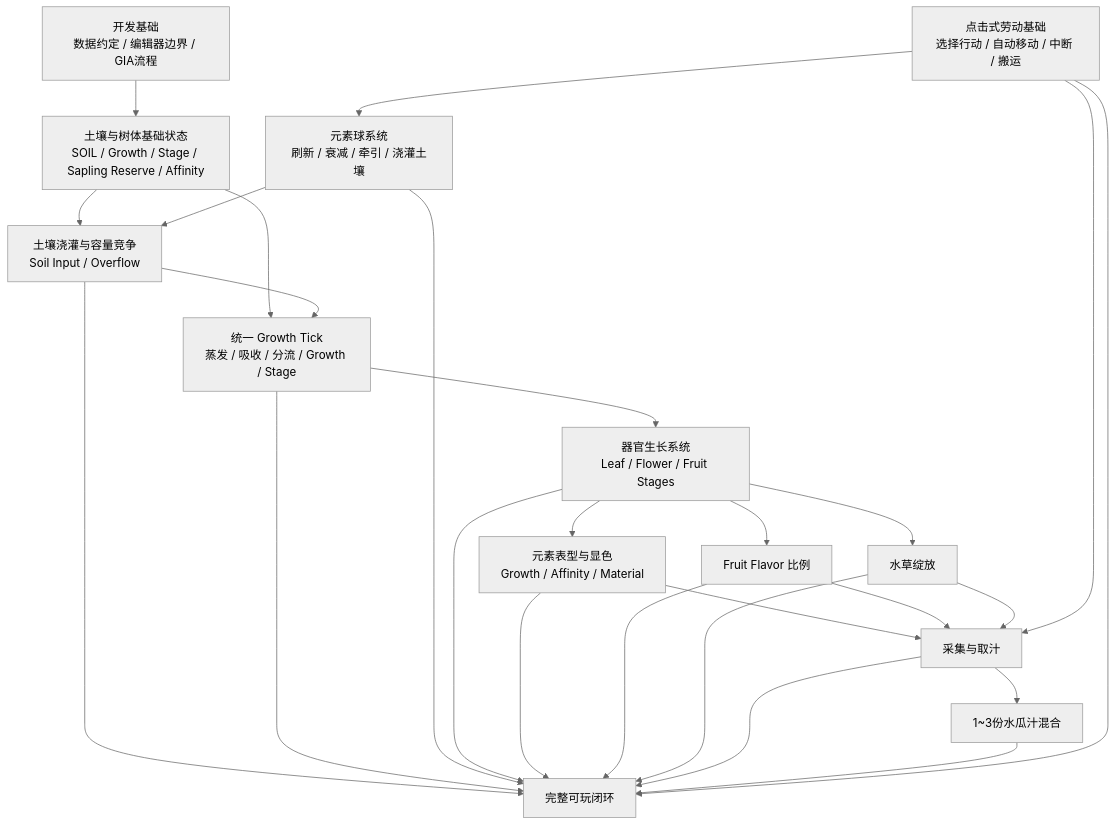
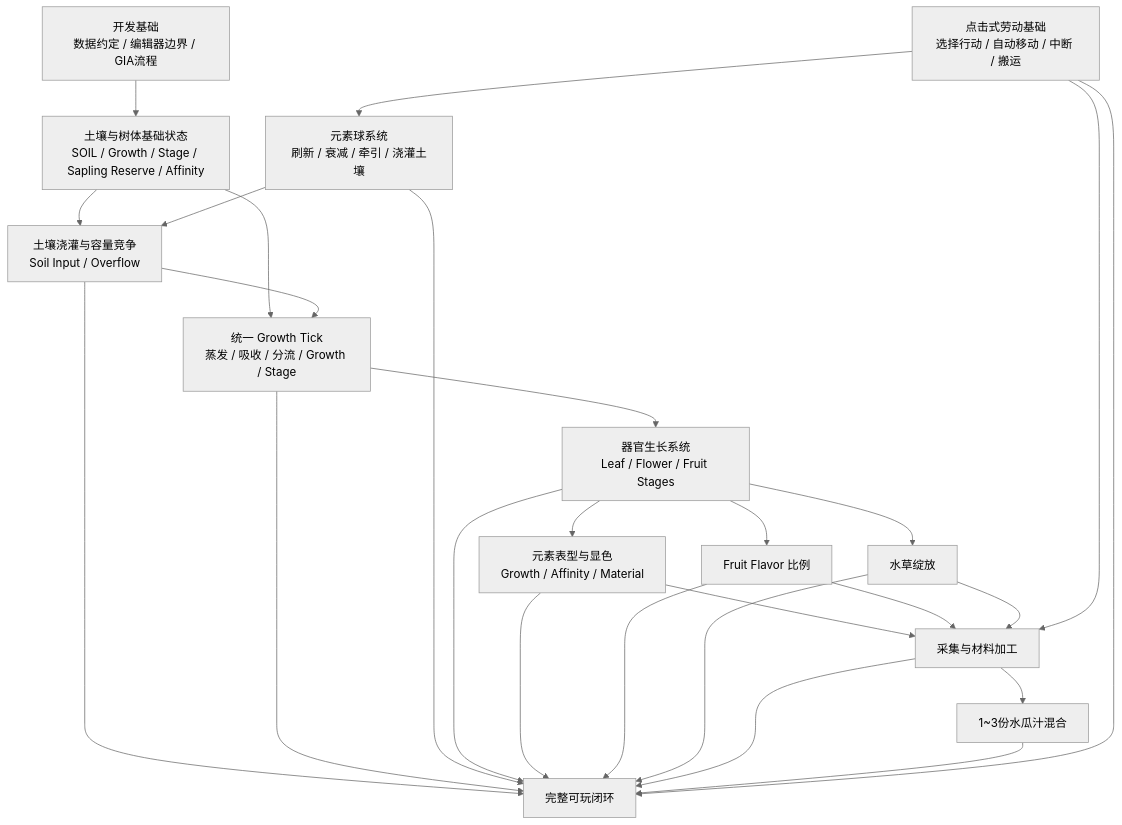
Before and after one commit to Ri0n72Y/idea-slime-bar: the first of 4 diagrams in mvp/watermelon-kitchen/implementation-roadmap.md, drawn with Mermaid (neutral theme). The commit also changed other lines of this file, not shown here.

````diff
--- a/mvp/watermelon-kitchen/implementation-roadmap.md
+++ b/mvp/watermelon-kitchen/implementation-roadmap.md
@@ -16,51 +16,51 @@
 ```mermaid
 flowchart TD
     A[开发基础<br/>数据约定 / 编辑器边界 / GIA流程]
 
     B[土壤与树体基础状态<br/>SOIL / Growth / Stage / Sapling Reserve / Affinity]
     C[土壤浇灌与容量竞争<br/>Soil Input / Overflow]
     D[统一 Growth Tick<br/>蒸发 / 吸收 / 分流 / Growth / Stage]
 
     E[元素球系统<br/>刷新 / 衰减 / 牵引 / 浇灌土壤]
     F[器官生长系统<br/>Leaf / Flower / Fruit Stages]
     G[元素表型与显色<br/>Growth / Affinity / Material]
 
     H[Fruit Flavor 比例]
     I[水草绽放]
-    J[采集与取汁]
+    J[采集与材料加工]
     K[1~3份水瓜汁混合]
 
     L[点击式劳动基础<br/>选择行动 / 自动移动 / 中断 / 搬运]
     M[完整可玩闭环]
 
     A --> B
     B --> C
     B --> D
     C --> D
     E --> C
 
     D --> F
     F --> G
     F --> H
     F --> I
 
     G --> J
     H --> J
     I --> J
 
     J --> K
 
     L --> E
     L --> J
 
     C --> M
     D --> M
     E --> M
     F --> M
     G --> M
     H --> M
     I --> M
     J --> M
     K --> M
     L --> M
 ```
````
